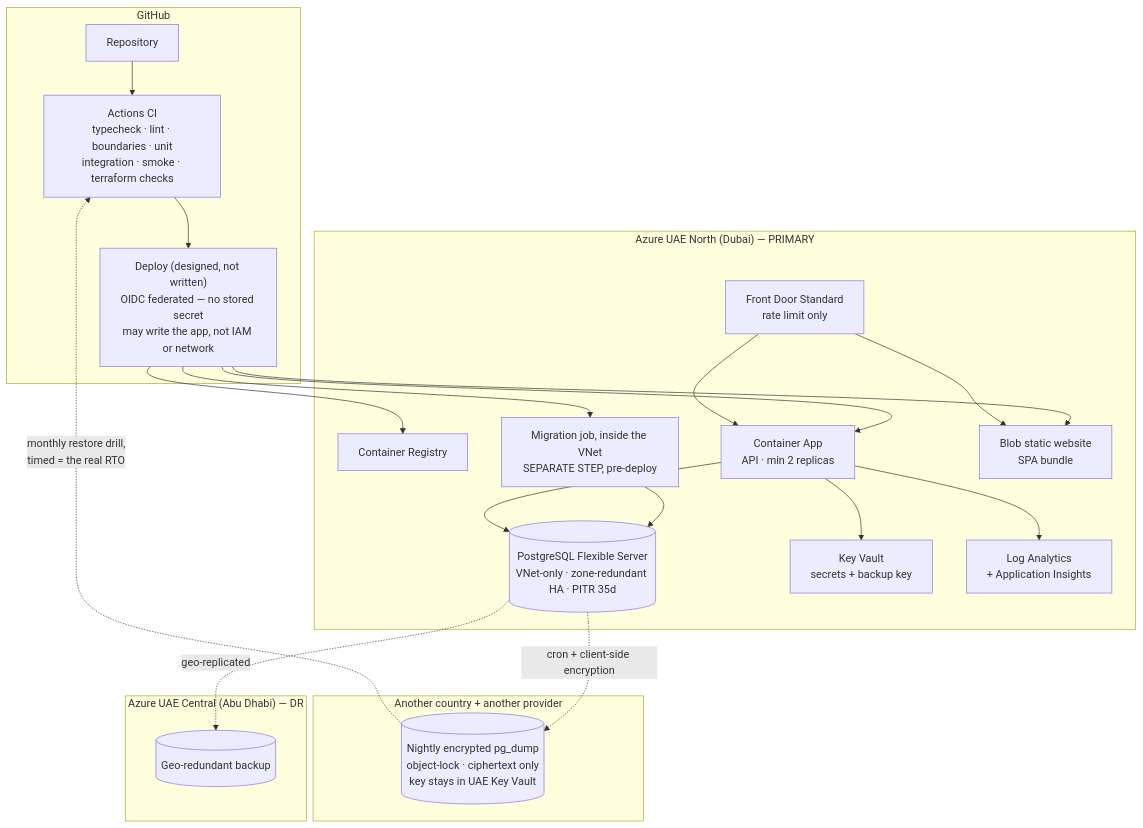
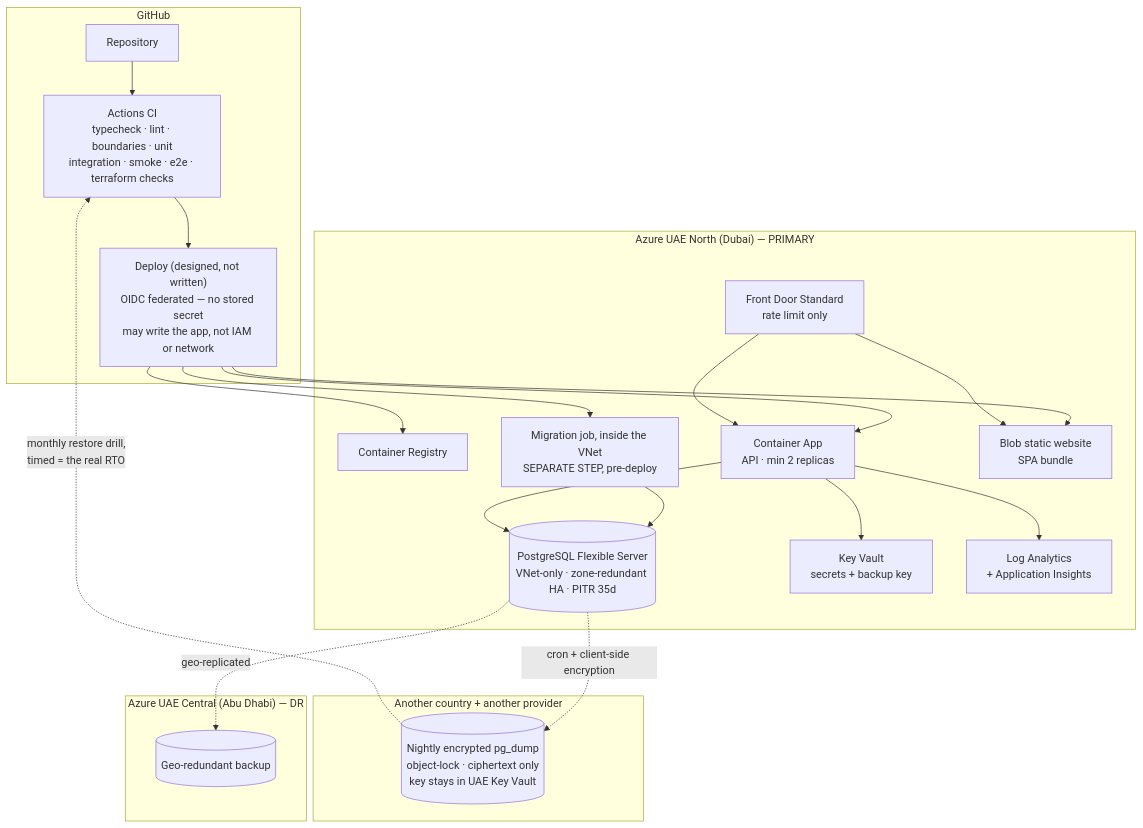
Before and after one commit to mohammad-qb/athlete: the fourth of 4 diagrams in README.md, drawn with Mermaid. The commit also changed other lines of this file and 106 other files, not shown here.

````diff
--- a/README.md
+++ b/README.md
@@ -269,40 +271,40 @@
 ```mermaid
 flowchart TB
     subgraph gh["GitHub"]
         repo["Repository"]
-        ci["Actions CI<br/>typecheck · lint · boundaries · unit<br/>integration · smoke · terraform checks"]
+        ci["Actions CI<br/>typecheck · lint · boundaries · unit<br/>integration · smoke · e2e · terraform checks"]
         cd["Deploy (designed, not written)<br/>OIDC federated — no stored secret<br/>may write the app, not IAM or network"]
     end
 
     subgraph uaen["Azure UAE North (Dubai) — PRIMARY"]
         acr["Container Registry"]
         mig["Migration job, inside the VNet<br/>SEPARATE STEP, pre-deploy"]
         ca["Container App<br/>API · min 2 replicas"]
         pg[("PostgreSQL Flexible Server<br/>VNet-only · zone-redundant HA · PITR 35d")]
         blob["Blob static website<br/>SPA bundle"]
         fd["Front Door Standard<br/>rate limit only"]
         kv["Key Vault<br/>secrets + backup key"]
         obs["Log Analytics<br/>+ Application Insights"]
     end
 
     subgraph uaec["Azure UAE Central (Abu Dhabi) — DR"]
         geo[("Geo-redundant backup")]
     end
 
     subgraph offsite["Another country + another provider"]
         dump[("Nightly encrypted pg_dump<br/>object-lock · ciphertext only<br/>key stays in UAE Key Vault")]
     end
 
     repo --> ci --> cd --> acr
     cd --> mig --> pg
     cd --> ca
     cd --> blob
     fd --> blob
     fd --> ca
     ca --> pg
     ca --> kv
     ca --> obs
     pg -.->|geo-replicated| geo
     pg -.->|cron + client-side encryption| dump
     dump -.->|monthly restore drill,<br/>timed = the real RTO| ci
 ```
````
